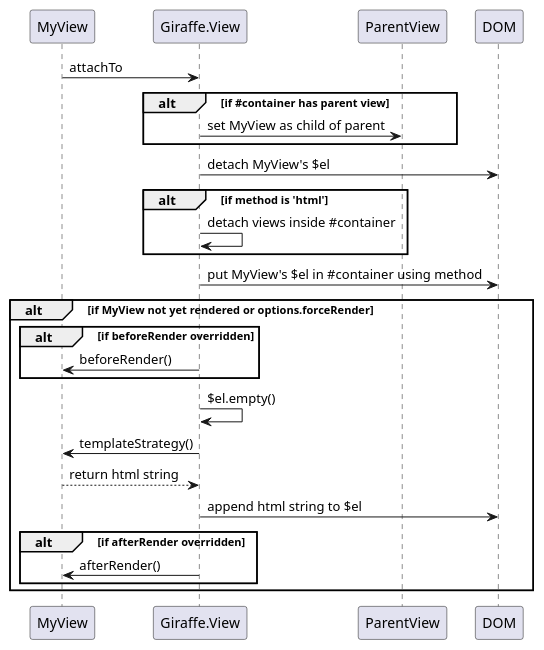
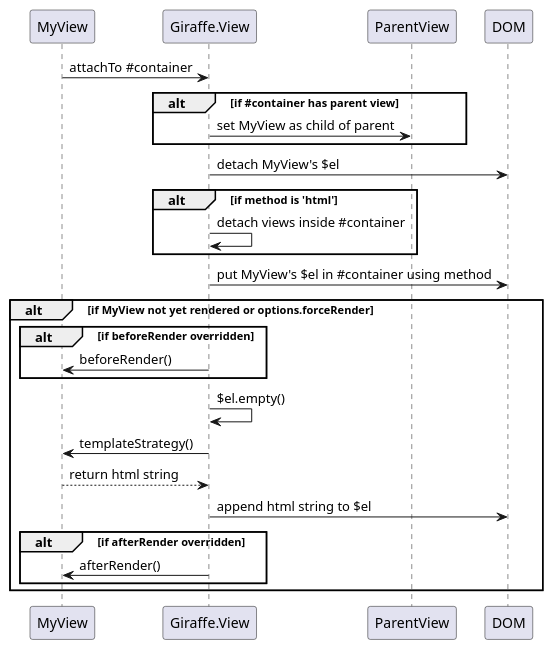
One commit to barc/backbone.giraffe changed the diagram in src/docs/viewBasics.md. Above: the diagram before and after it, drawn with PlantUML. The commit also changed other lines of this file and 11 other files, not shown here.

````diff
--- a/src/docs/viewBasics.md
+++ b/src/docs/viewBasics.md
@@ -147,36 +170,36 @@
 ```uml
 participant MyView
 participant GView as "Giraffe.View"
 
-MyView -> GView: attachTo
+MyView -> GView: attachTo #container
 
 alt if #container has parent view
     GView -> ParentView: set MyView as child of parent
 end
 
 GView -> DOM: detach MyView's $el
 
 alt if method is 'html'
   GView -> GView: detach views inside #container
 end
 
 GView -> DOM: put MyView's $el in #container using method
 
 alt if MyView not yet rendered or options.forceRender
   alt if beforeRender overridden
       GView -> MyView: beforeRender()
   end
 
   GView -> GView: $el.empty()
 
   GView -> MyView: templateStrategy()
 
   MyView --> GView: return html string
 
   GView -> DOM: append html string to $el
 
   alt if afterRender overridden
       GView -> MyView: afterRender()
   end
 end
 ```
````
